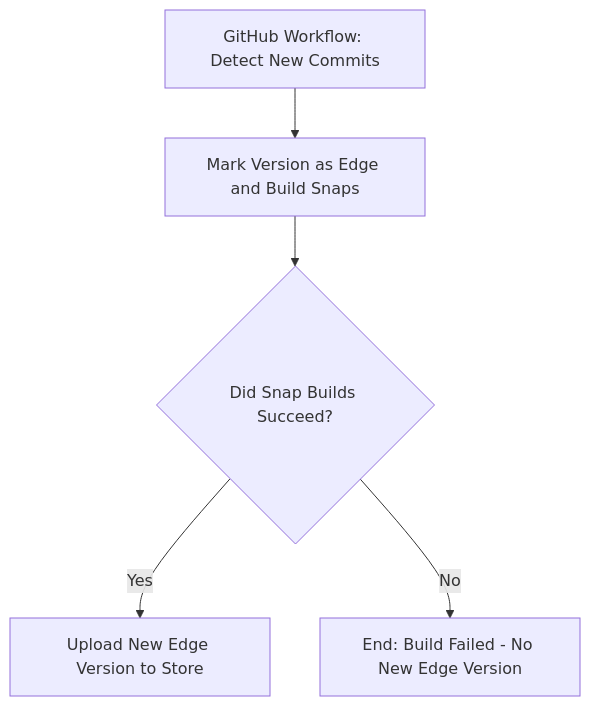
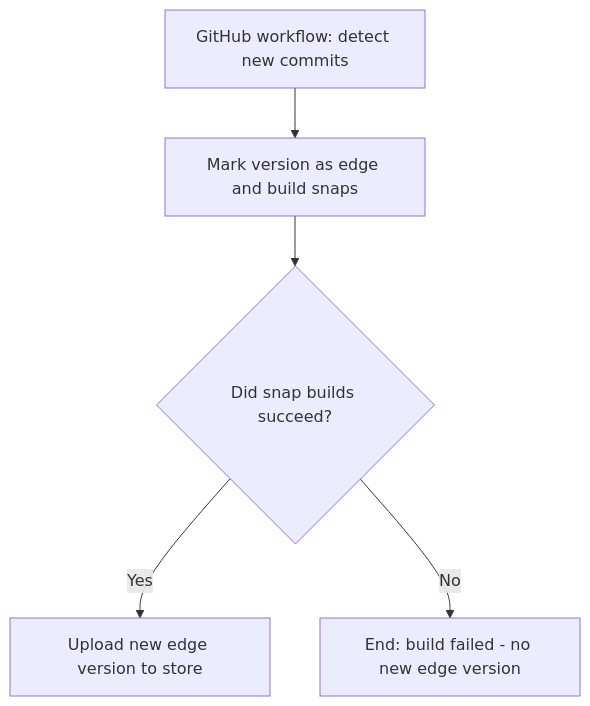
The first of 3 diagrams in docs/explanation/release_process/validation_pipeline_execution.rst (canonical/checkbox), drawn with Mermaid before and after one commit. The commit also changed other lines of this file and 26 other files, not shown here.

```diff
--- a/docs/explanation/release_process/validation_pipeline_execution.rst
+++ b/docs/explanation/release_process/validation_pipeline_execution.rst
@@ -12,14 +12,14 @@
 .. mermaid::
     
     graph TB
 
-        A[GitHub Workflow: Detect New Commits]
-        C[Mark Version as Edge and Build Snaps]
-        E{Did Snap Builds Succeed?}
-        F[Upload New Edge Version to Store]
-        G[End: Build Failed - No New Edge Version]
+        A[GitHub workflow: detect new commits]
+        C[Mark version as edge and build snaps]
+        E{Did snap builds succeed?}
+        F[Upload new edge version to store]
+        G[End: build failed - no new edge version]
 
         A --> C
         C --> E
         E -->|Yes| F
         E -->|No| G
```
